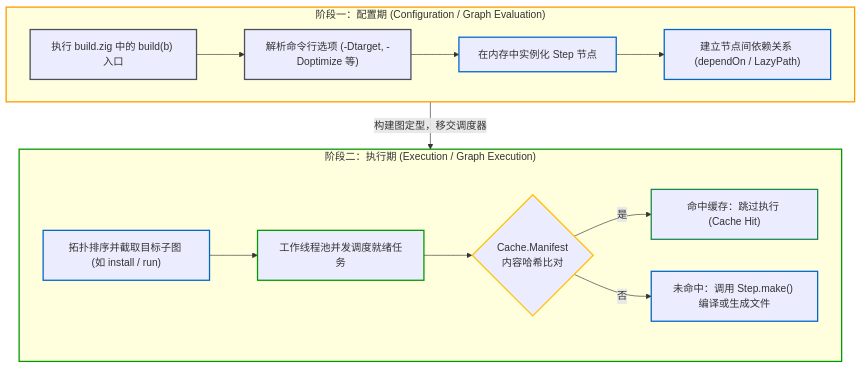
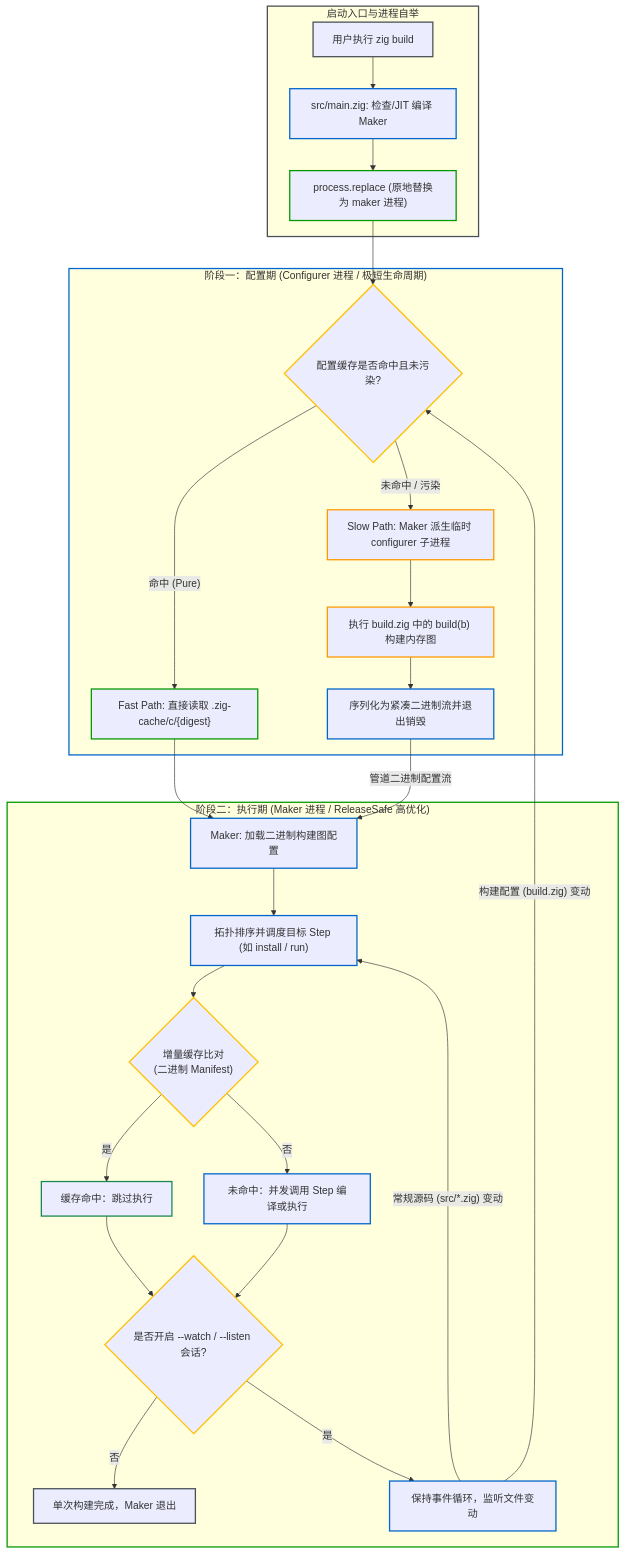
The diagram in zig-build/src/concepts/phases-and-lifecycle.md (jiacai2050/x), drawn with Mermaid before and after one commit. The commit also changed other lines of this file and 37 other files, not shown here.

Commit message:
zig-build upgrade to 0.17 (#52)

````diff
--- a/zig-build/src/concepts/phases-and-lifecycle.md
+++ b/zig-build/src/concepts/phases-and-lifecycle.md
@@ -13,39 +13,68 @@
 ```mermaid
-graph TD
-    subgraph Phase1 ["阶段一：配置期 (Configuration / Graph Evaluation)"]
-        B_Code["执行 build.zig 中的 build(b) 入口"]
-        B_Graph["在内存中实例化 Step 节点"]
-        B_Option["解析命令行选项 (-Dtarget, -Doptimize 等)"]
-        B_Edge["建立节点间依赖关系 (dependOn / LazyPath)"]
-        B_Code --> B_Option
-        B_Option --> B_Graph
-        B_Graph --> B_Edge
+flowchart TD
+    subgraph Entrance ["启动入口与进程自举"]
+        User["用户执行 zig build"]
+        Jit["src/main.zig: 检查/JIT 编译 Maker"]
+        Exec["process.replace (原地替换为 maker 进程)"]
+        User --> Jit --> Exec
     end
 
-    subgraph Phase2 ["阶段二：执行期 (Execution / Graph Execution)"]
-        E_Topo["拓扑排序并截取目标子图 (如 install / run)"]
-        E_Pool["工作线程池并发调度就绪任务"]
-        E_Cache{"Cache.Manifest<br/>内容哈希比对"}
-        E_Skip["命中缓存：跳过执行 (Cache Hit)"]
-        E_Worker["未命中：调用 Step.make() 编译或生成文件"]
-        E_Topo --> E_Pool
-        E_Pool --> E_Cache
-        E_Cache -- "是" --> E_Skip
-        E_Cache -- "否" --> E_Worker
+    subgraph Phase1 ["阶段一：配置期 (Configurer 进程 / 极短生命周期)"]
+        Check{"配置缓存是否命中且未污染?"}
+        FastPath["Fast Path: 直接读取 .zig-cache/c/{digest}"]
+        Spawn["Slow Path: Maker 派生临时 configurer 子进程"]
+        Eval["执行 build.zig 中的 build(b) 构建内存图"]
+        Dump["序列化为紧凑二进制流并退出销毁"]
+
+        Check -- "命中 (Pure)" --> FastPath
+        Check -- "未命中 / 污染" --> Spawn
+        Spawn --> Eval --> Dump
     end
 
-    Phase1 -- "构建图定型，移交调度器" --> Phase2
+    subgraph Phase2 ["阶段二：执行期 (Maker 进程 / ReleaseSafe 高优化)"]
+        LoadGraph["Maker: 加载二进制构建图配置"]
+        Topo["拓扑排序并调度目标 Step (如 install / run)"]
+        CacheCheck{"增量缓存比对<br/>(二进制 Manifest)"}
+        Hit["缓存命中：跳过执行"]
+        Make["未命中：并发调用 Step 编译或执行"]
+        SessionCheck{"是否开启 --watch / --listen 会话?"}
+        Term["单次构建完成，Maker 退出"]
+        WatchLoop["保持事件循环，监听文件变动"]
 
-    classDef default stroke:#495057;
-    style Phase1 stroke:#ff9900,stroke-width:2px;
+        LoadGraph --> Topo --> CacheCheck
+        CacheCheck -- "是" --> Hit
+        CacheCheck -- "否" --> Make
+        Hit --> SessionCheck
+        Make --> SessionCheck
+        SessionCheck -- "否" --> Term
+        SessionCheck -- "是" --> WatchLoop
+    end
+
+    Exec --> Check
+    FastPath --> LoadGraph
+    Dump -- "管道二进制配置流" --> LoadGraph
+
+    %% 会话模式事件回流
+    WatchLoop -- "常规源码 (src/*.zig) 变动" --> Topo
+    WatchLoop -- "构建配置 (build.zig) 变动" --> Check
+
+    style Entrance stroke:#495057,stroke-width:2px;
+    style Phase1 stroke:#0066cc,stroke-width:2px;
     style Phase2 stroke:#009900,stroke-width:2px;
-    style B_Code stroke:#495057,stroke-width:2px;
-    style B_Option stroke:#495057,stroke-width:2px;
-    style B_Graph stroke:#0066cc,stroke-width:2px;
-    style B_Edge stroke:#0066cc,stroke-width:2px;
-    style E_Topo stroke:#0066cc,stroke-width:2px;
-    style E_Pool stroke:#009900,stroke-width:2px;
-    style E_Cache stroke:#ffc107,stroke-width:2px;
-    style E_Skip stroke:#198754,stroke-width:2px;
-    style E_Worker stroke:#0066cc,stroke-width:2px;
+    style User stroke:#495057,stroke-width:2px;
+    style Jit stroke:#0066cc,stroke-width:2px;
+    style Exec stroke:#009900,stroke-width:2px;
+    style Check stroke:#ffc107,stroke-width:2px;
+    style FastPath stroke:#009900,stroke-width:2px;
+    style Spawn stroke:#ff9900,stroke-width:2px;
+    style Eval stroke:#ff9900,stroke-width:2px;
+    style Dump stroke:#0066cc,stroke-width:2px;
+    style LoadGraph stroke:#0066cc,stroke-width:2px;
+    style Topo stroke:#0066cc,stroke-width:2px;
+    style CacheCheck stroke:#ffc107,stroke-width:2px;
+    style Hit stroke:#198754,stroke-width:2px;
+    style Make stroke:#0066cc,stroke-width:2px;
+    style SessionCheck stroke:#ffc107,stroke-width:2px;
+    style Term stroke:#495057,stroke-width:2px;
+    style WatchLoop stroke:#0066cc,stroke-width:2px;
 ```
````
